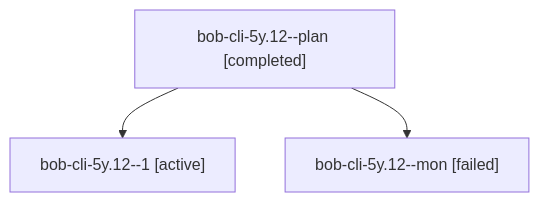
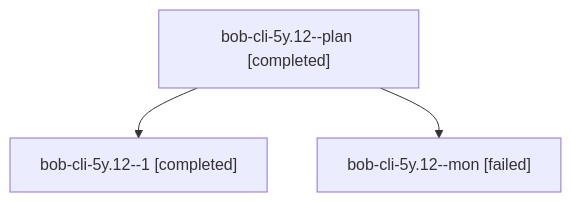
The diagram in sessions/bbugyi200.athena.bob-cli-5y.12.md (bobs-org/bob-cli--agents), drawn with Mermaid before and after one commit. The commit also changed other lines of this file and 99 other files, not shown here.

````diff
--- a/sessions/bbugyi200.athena.bob-cli-5y.12.md
+++ b/sessions/bbugyi200.athena.bob-cli-5y.12.md
@@ -9,8 +9,8 @@
 ```mermaid
 flowchart TD
   n0["bob-cli-5y.12--plan [completed]"]
-  n1["bob-cli-5y.12--1 [active]"]
+  n1["bob-cli-5y.12--1 [completed]"]
   n0 --> n1
   n2["bob-cli-5y.12--mon [failed]"]
   n0 --> n2
 ```
````
